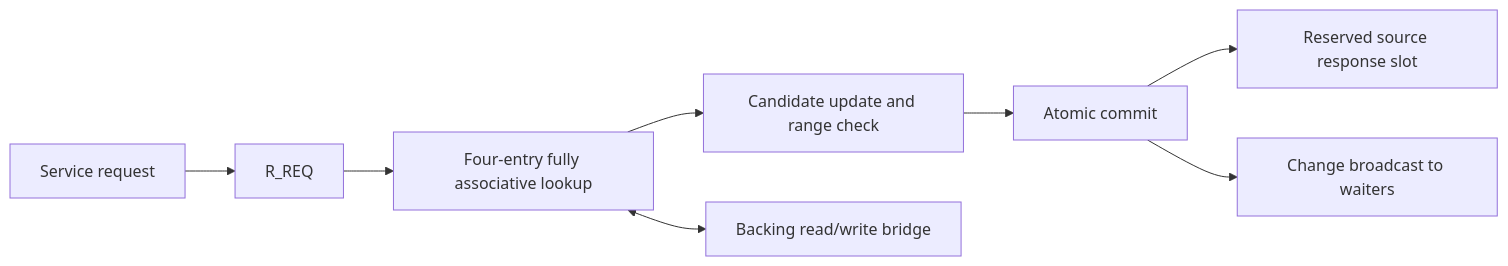
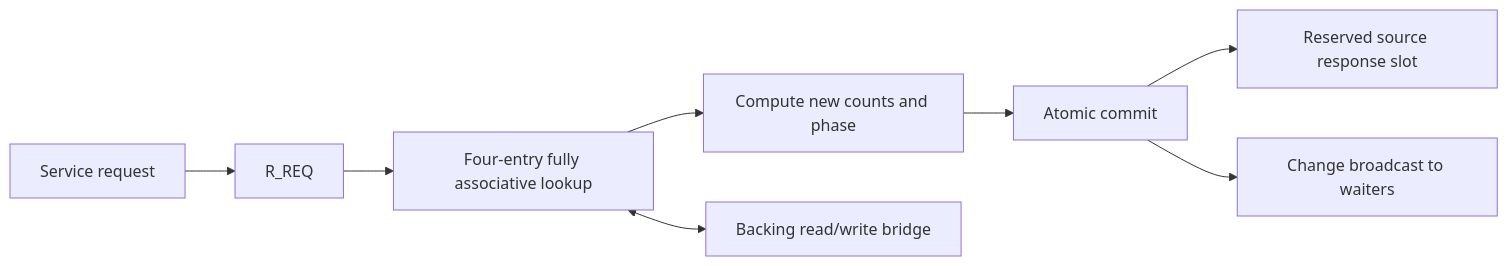
Before and after one commit to yuhin777/Allegro: the diagram in doc/rtl_specs/mbarrier/blackwell_mbarrier_unit.md, drawn with Mermaid. The commit also changed other lines of this file and 27 other files, not shown here.

````diff
--- a/doc/rtl_specs/mbarrier/blackwell_mbarrier_unit.md
+++ b/doc/rtl_specs/mbarrier/blackwell_mbarrier_unit.md
@@ -21,10 +20,10 @@
 ```mermaid
 flowchart LR
   I["Service request"] --> Q[R_REQ]
   Q --> L["Four-entry fully associative lookup"]
-  L --> U["Candidate update and range check"]
+  L --> U["Compute new counts and phase"]
   U --> C["Atomic commit"]
   C --> R["Reserved source response slot"]
   C --> W["Change broadcast to waiters"]
   L <--> B["Backing read/write bridge"]
 ```
````
